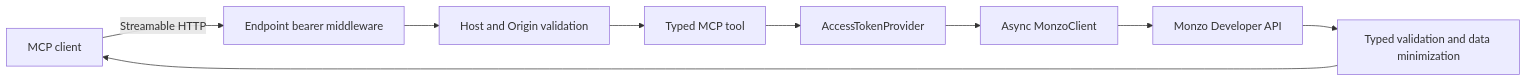
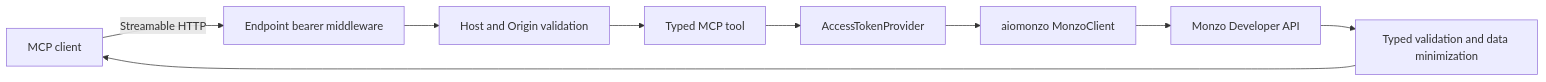
One commit to s-block/monzo-mcp changed the diagram in docs/wiki/Architecture.md. Above: the diagram before and after it, drawn with Mermaid. The commit also changed other lines of this file and 57 other files, not shown here.

````diff
--- a/docs/wiki/Architecture.md
+++ b/docs/wiki/Architecture.md
@@ -34,11 +33,11 @@
 ```mermaid
 flowchart LR
     Client["MCP client"] -->|"Streamable HTTP"| Auth["Endpoint bearer middleware"]
     Auth --> Host["Host and Origin validation"]
     Host --> Tool["Typed MCP tool"]
     Tool --> Provider["AccessTokenProvider"]
-    Provider --> MonzoClient["Async MonzoClient"]
+    Provider --> MonzoClient["aiomonzo MonzoClient"]
     MonzoClient --> API["Monzo Developer API"]
     API --> Minimize["Typed validation and data minimization"]
     Minimize --> Client
 ```
````
